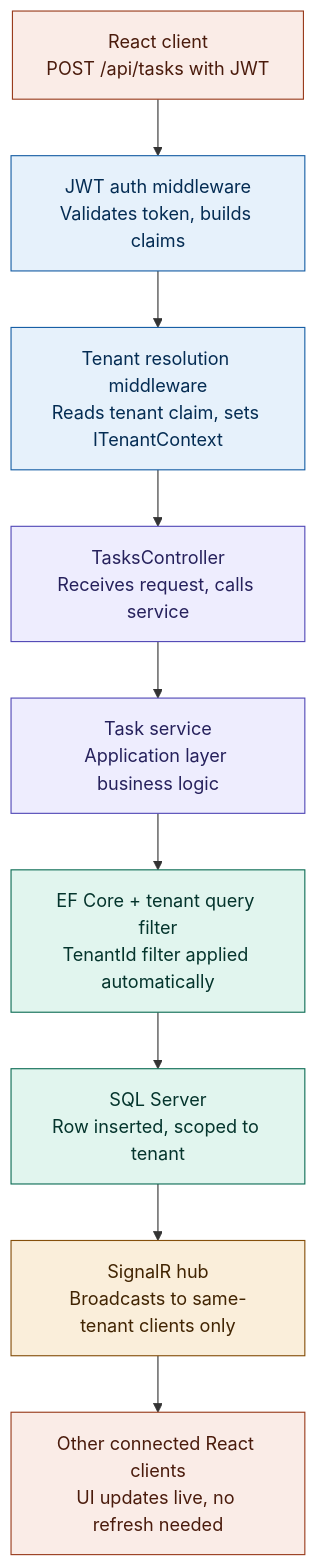
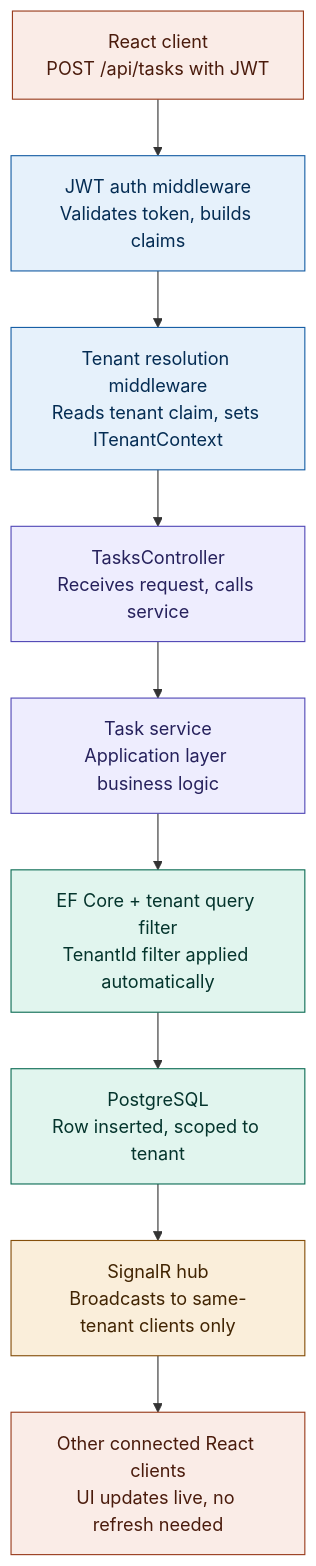
The diagram in README.md (Dhvani2210/TenantFlow), drawn with Mermaid before and after one commit. The commit also changed other lines of this file, not shown here.

````diff
--- a/README.md
+++ b/README.md
@@ -23,26 +39,26 @@
 ```mermaid
 flowchart TD
     A[React client<br/>POST /api/tasks with JWT]
     B[JWT auth middleware<br/>Validates token, builds claims]
     C[Tenant resolution middleware<br/>Reads tenant claim, sets ITenantContext]
     D[TasksController<br/>Receives request, calls service]
     E[Task service<br/>Application layer business logic]
     F[EF Core + tenant query filter<br/>TenantId filter applied automatically]
-    G[SQL Server<br/>Row inserted, scoped to tenant]
+    G[PostgreSQL<br/>Row inserted, scoped to tenant]
     H[SignalR hub<br/>Broadcasts to same-tenant clients only]
     I[Other connected React clients<br/>UI updates live, no refresh needed]
 
     A --> B --> C --> D --> E --> F --> G --> H --> I
 
     classDef client fill:#FAECE7,stroke:#993C1D,color:#4A1B0C
     classDef auth fill:#E6F1FB,stroke:#185FA5,color:#042C53
     classDef api fill:#EEEDFE,stroke:#534AB7,color:#26215C
     classDef data fill:#E1F5EE,stroke:#0F6E56,color:#04342C
     classDef realtime fill:#FAEEDA,stroke:#854F0B,color:#412402
 
     class A,I client
     class B,C auth
     class D,E api
     class F,G data
     class H realtime
 ```
````
